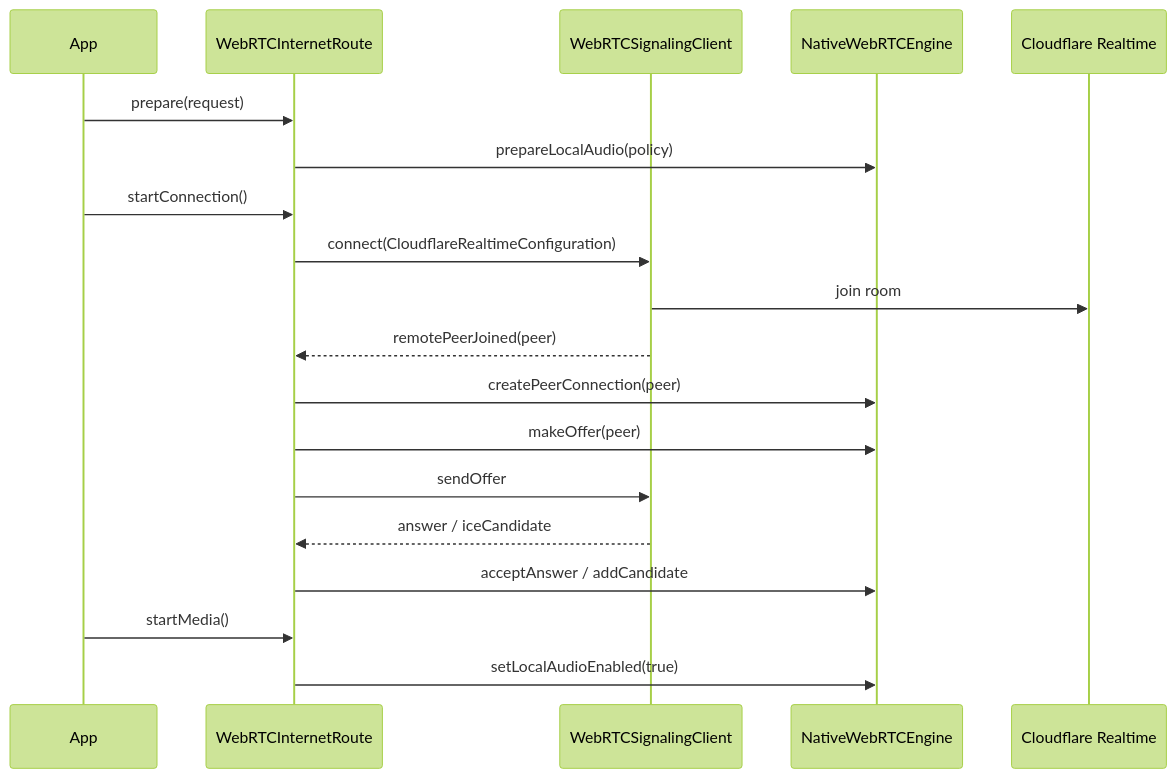
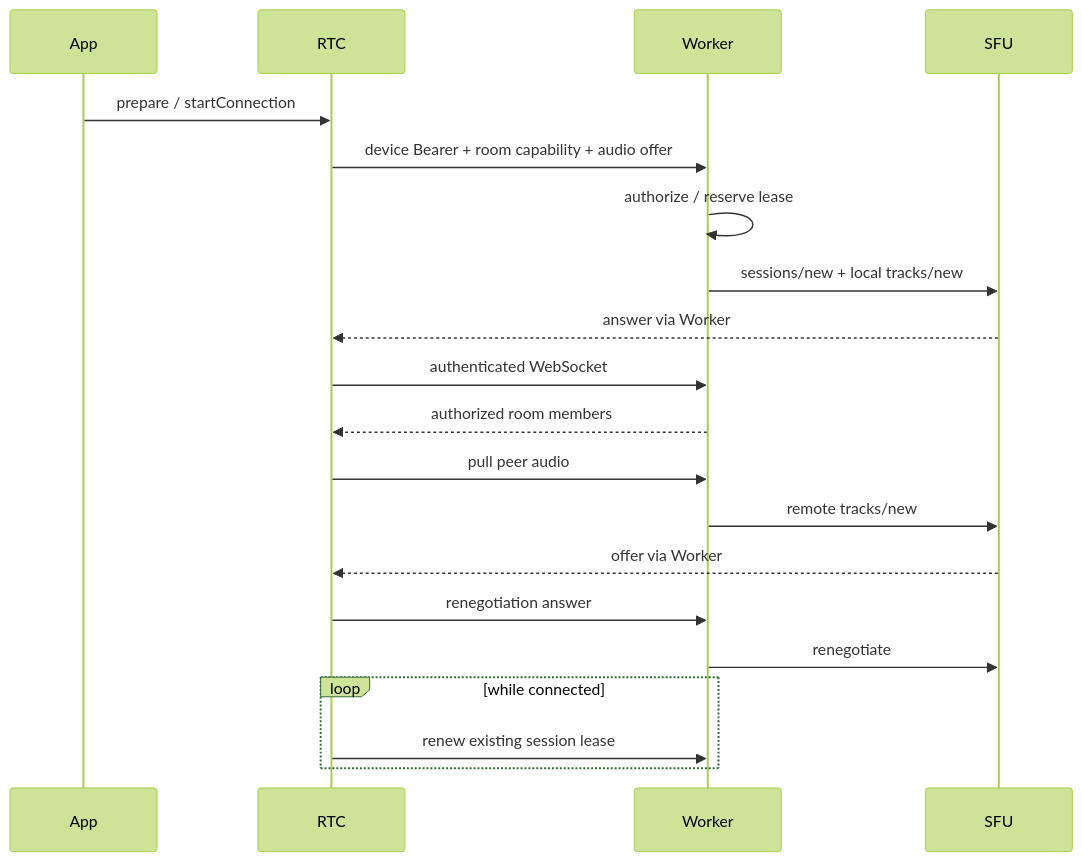
The seventh of 11 diagrams in docs/spec/packages/RTC.md (eroccowaruico/RideIntercom), drawn with Mermaid (forest theme) before and after one commit. The commit also changed other lines of this file and 6 other files, not shown here.

````diff
--- a/docs/spec/packages/RTC.md
+++ b/docs/spec/packages/RTC.md
@@ -298,21 +302,22 @@
 ```mermaid
 sequenceDiagram
     participant App
-    participant RTC as WebRTCInternetRoute
-    participant Sig as WebRTCSignalingClient
-    participant Engine as NativeWebRTCEngine
-    participant CF as Cloudflare Realtime
-    App->>RTC: prepare(request)
-    RTC->>Engine: prepareLocalAudio(policy)
-    App->>RTC: startConnection()
-    RTC->>Sig: connect(CloudflareRealtimeConfiguration)
-    Sig->>CF: join room
-    Sig-->>RTC: remotePeerJoined(peer)
-    RTC->>Engine: createPeerConnection(peer)
-    RTC->>Engine: makeOffer(peer)
-    RTC->>Sig: sendOffer
-    Sig-->>RTC: answer / iceCandidate
-    RTC->>Engine: acceptAnswer / addCandidate
-    App->>RTC: startMedia()
-    RTC->>Engine: setLocalAudioEnabled(true)
+    participant RTC
+    participant Worker
+    participant SFU
+    App->>RTC: prepare / startConnection
+    RTC->>Worker: device Bearer + room capability + audio offer
+    Worker->>Worker: authorize / reserve lease
+    Worker->>SFU: sessions/new + local tracks/new
+    SFU-->>RTC: answer via Worker
+    RTC->>Worker: authenticated WebSocket
+    Worker-->>RTC: authorized room members
+    RTC->>Worker: pull peer audio
+    Worker->>SFU: remote tracks/new
+    SFU-->>RTC: offer via Worker
+    RTC->>Worker: renegotiation answer
+    Worker->>SFU: renegotiate
+    loop while connected
+        RTC->>Worker: renew existing session lease
+    end
 ```
````
